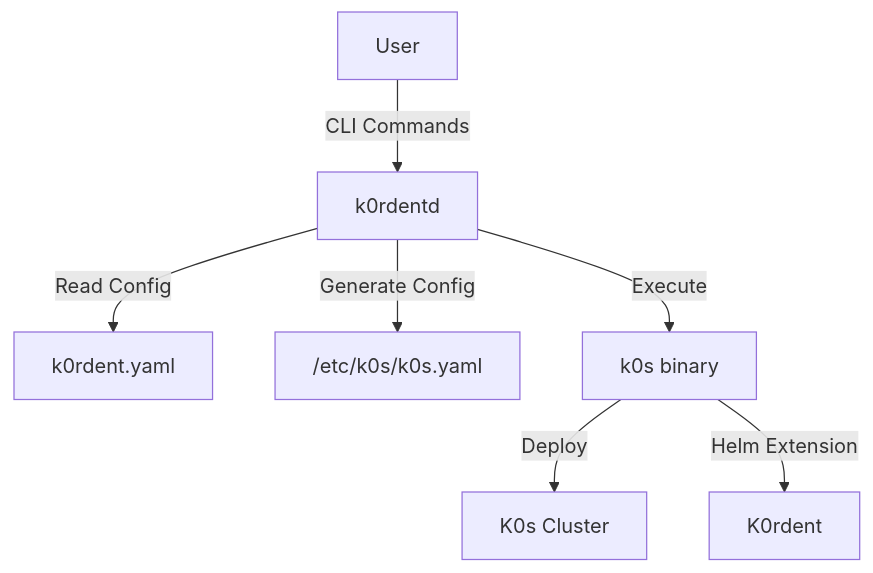
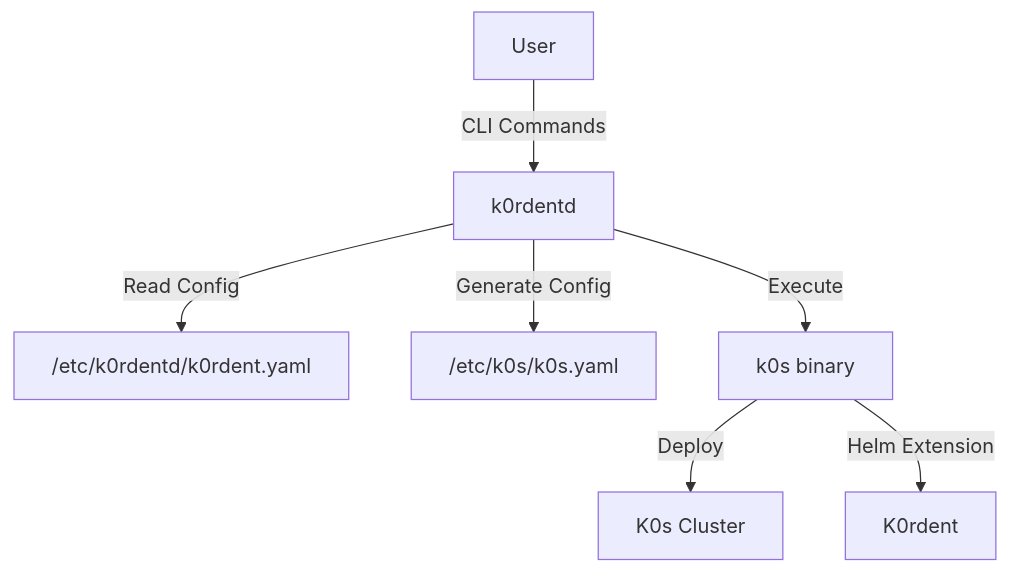
Before and after one commit to belgaied2/k0rdentd: the first of 2 diagrams in ARCHITECTURE.md, drawn with Mermaid. The commit also changed 1 other file, not shown here.

Commit message:
Improved slightly the docs

````diff
--- a/ARCHITECTURE.md
+++ b/ARCHITECTURE.md
@@ -9,9 +9,9 @@
 ```mermaid
 graph TD
     A[User] -->|CLI Commands| B[k0rdentd]
-    B -->|Read Config| C["k0rdent.yaml"]
+    B -->|Read Config| C["/etc/k0rdentd/k0rdent.yaml"]
     B -->|Generate Config| D["/etc/k0s/k0s.yaml"]
     B -->|Execute| E[k0s binary]
     E -->|Deploy| F[K0s Cluster]
     E -->|Helm Extension| G[K0rdent]
 ```
````
